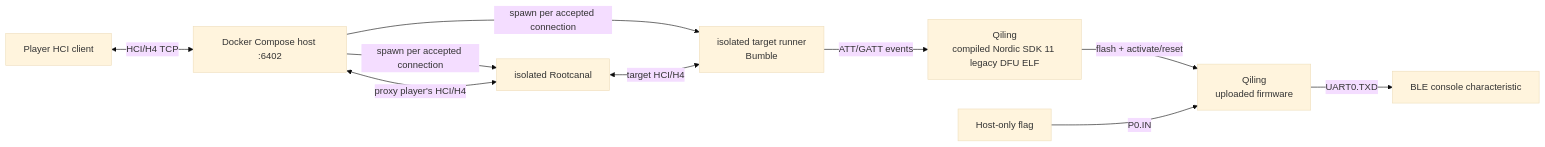
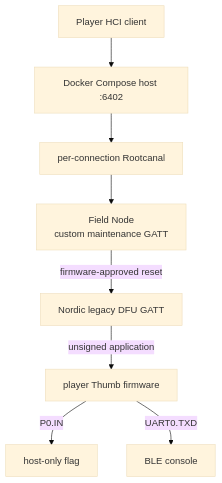
One commit to asef18766/yaju-os changed the diagram in README.md. Above: the diagram before and after it, drawn with Mermaid (base theme). The commit also changed other lines of this file and 13 other files, not shown here.

Commit message:
feat: gate legacy DFU behind application firmware

````diff
--- a/README.md
+++ b/README.md
@@ -9,12 +17,10 @@
 ```mermaid
-flowchart LR
-    Player["Player HCI client"] <-->|"HCI/H4 TCP"| Host["Docker Compose host :6402"]
-    Host -->|"spawn per accepted connection"| Rootcanal["isolated Rootcanal"]
-    Host -->|"spawn per accepted connection"| Target["isolated target runner<br/>Bumble"]
-    Host <-->|"proxy player's HCI/H4"| Rootcanal
-    Rootcanal <-->|"target HCI/H4"| Target
-    Target -->|"ATT/GATT events"| Dfu["Qiling<br/>compiled Nordic SDK 11 legacy DFU ELF"]
-    Dfu -->|"flash + activate/reset"| App["Qiling<br/>uploaded firmware"]
-    Secret["Host-only flag"] -->|"P0.IN"| App
-    App -->|"UART0.TXD"| Console["BLE console characteristic"]
+flowchart TD
+    Player["Player HCI client"] --> Host["Docker Compose host :6402"]
+    Host --> Rootcanal["per-connection Rootcanal"]
+    Rootcanal --> Initial["Field Node\ncustom maintenance GATT"]
+    Initial -->|"firmware-approved reset"| Dfu["Nordic legacy DFU GATT"]
+    Dfu -->|"unsigned application"| Payload["player Thumb firmware"]
+    Payload -->|"P0.IN"| Flag["host-only flag"]
+    Payload -->|"UART0.TXD"| Console["BLE console"]
 ```
````
